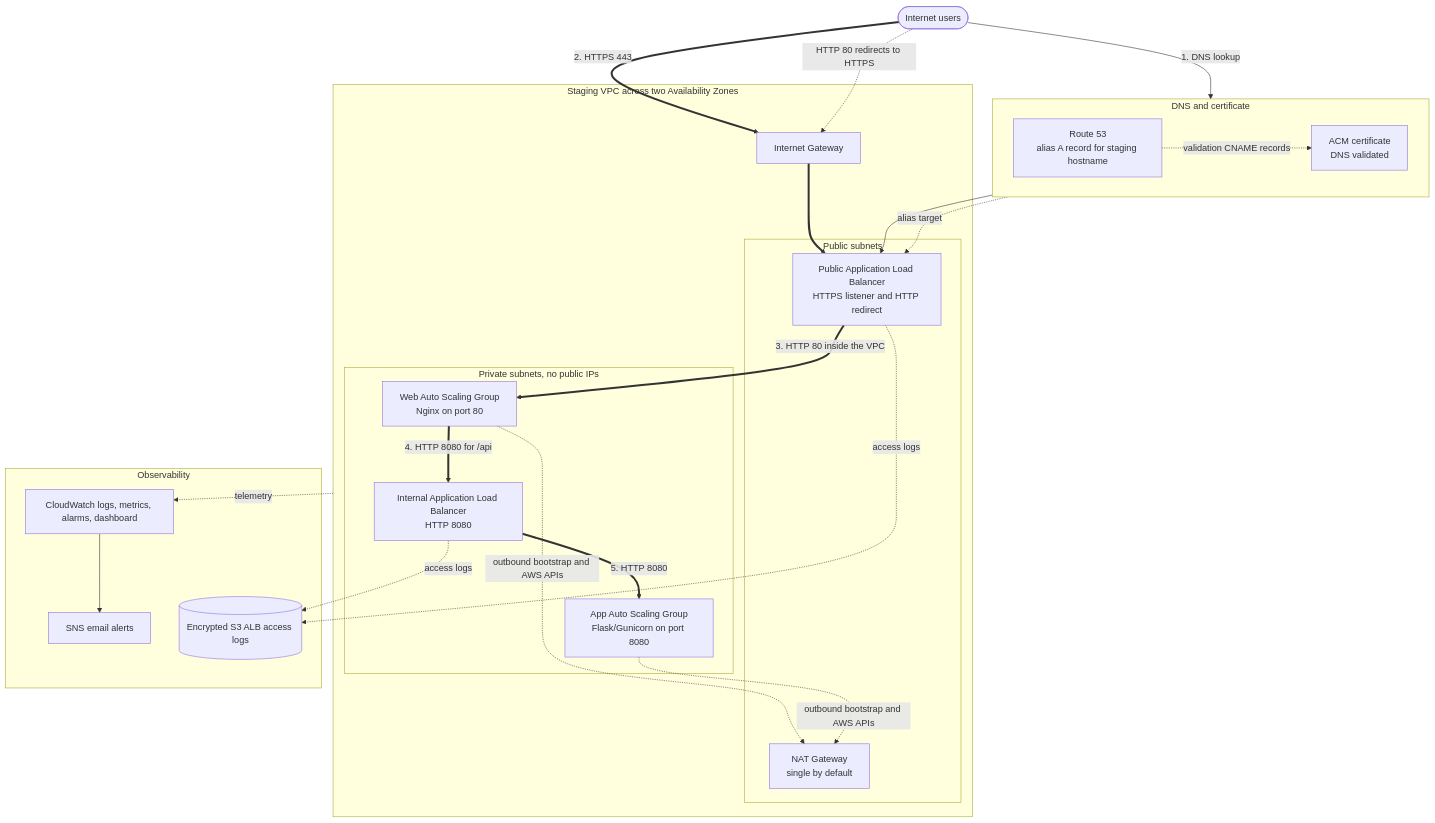
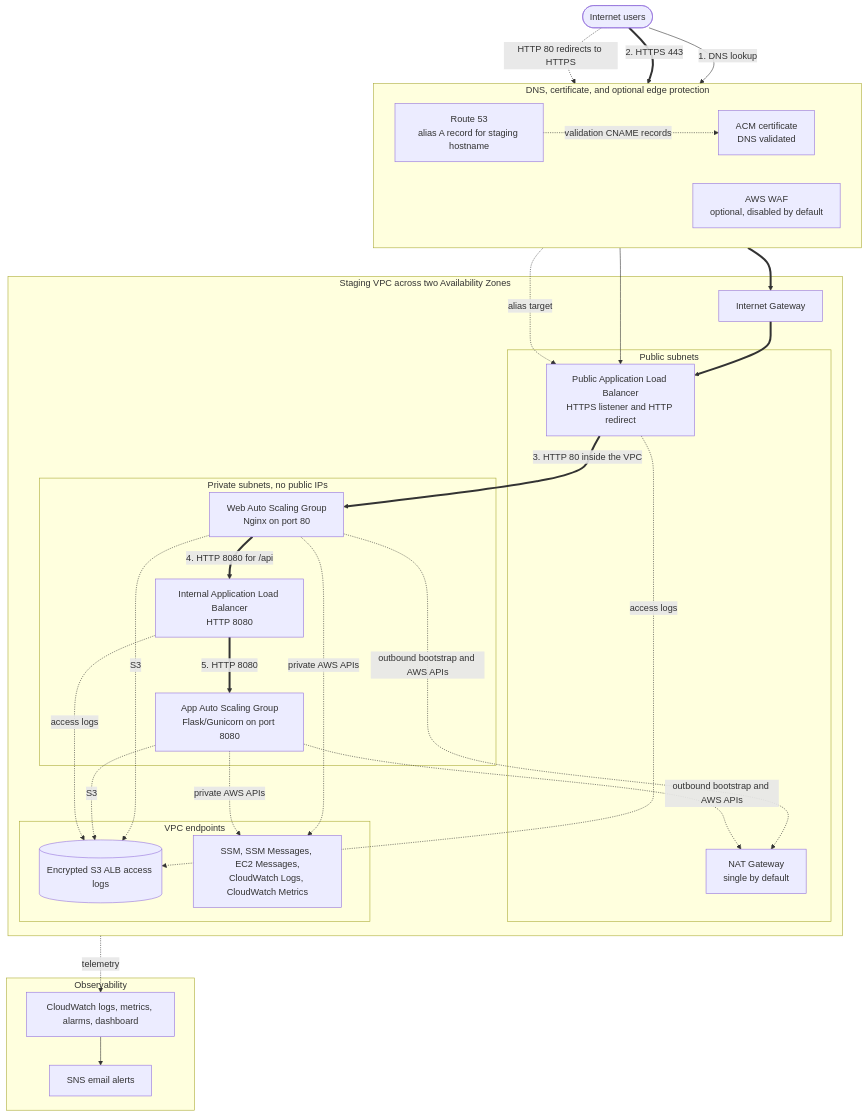
The diagram in environments/staging/README.md (sjlevalley/terraform-aws-secure-two-tier-vpc), drawn with Mermaid before and after one commit. The commit also changed other lines of this file and 2 other files, not shown here.

Commit message:
Update environment README files: enhance descriptions, add VPC endpoint and WAF configurations for dev, prod, and staging environments

````diff
--- a/environments/staging/README.md
+++ b/environments/staging/README.md
@@ -9,50 +9,61 @@
 ```mermaid
 flowchart TB
   user([Internet users])
 
-  subgraph edge[DNS and certificate]
+  subgraph edge[DNS, certificate, and optional edge protection]
     direction LR
     r53[Route 53<br/>alias A record for staging hostname]
     acm[ACM certificate<br/>DNS validated]
+    waf[AWS WAF<br/>optional, disabled by default]
     r53 -. validation CNAME records .-> acm
   end
 
   user -->|1. DNS lookup| r53
-  user ==>|2. HTTPS 443| igw
-  user -. HTTP 80 redirects to HTTPS .-> igw
+  user ==>|2. HTTPS 443| waf
+  user -. HTTP 80 redirects to HTTPS .-> waf
 
   subgraph vpc[Staging VPC across two Availability Zones]
     igw[Internet Gateway]
 
     subgraph public[Public subnets]
       publicAlb[Public Application Load Balancer<br/>HTTPS listener and HTTP redirect]
       nat[NAT Gateway<br/>single by default]
     end
 
     subgraph private[Private subnets, no public IPs]
       webAsg[Web Auto Scaling Group<br/>Nginx on port 80]
       internalAlb[Internal Application Load Balancer<br/>HTTP 8080]
       appAsg[App Auto Scaling Group<br/>Flask/Gunicorn on port 8080]
     end
 
+    subgraph endpoints[VPC endpoints]
+      s3[S3 gateway endpoint]
+      interfaces[SSM, SSM Messages, EC2 Messages,<br/>CloudWatch Logs, CloudWatch Metrics]
+    end
+
+    waf ==> igw
     igw ==> publicAlb
     publicAlb ==>|3. HTTP 80 inside the VPC| webAsg
     webAsg ==>|4. HTTP 8080 for /api| internalAlb
     internalAlb ==>|5. HTTP 8080| appAsg
     webAsg -. outbound bootstrap and AWS APIs .-> nat
     appAsg -. outbound bootstrap and AWS APIs .-> nat
+    webAsg -. private AWS APIs .-> interfaces
+    appAsg -. private AWS APIs .-> interfaces
+    webAsg -. S3 .-> s3
+    appAsg -. S3 .-> s3
   end
 
   acm --> publicAlb
   r53 -. alias target .-> publicAlb
 
   subgraph obs[Observability]
     cw[CloudWatch logs, metrics, alarms, dashboard]
     sns[SNS email alerts]
     s3[(Encrypted S3 ALB access logs)]
     cw --> sns
   end
 
   vpc -. telemetry .-> cw
   publicAlb & internalAlb -. access logs .-> s3
 ```
````
